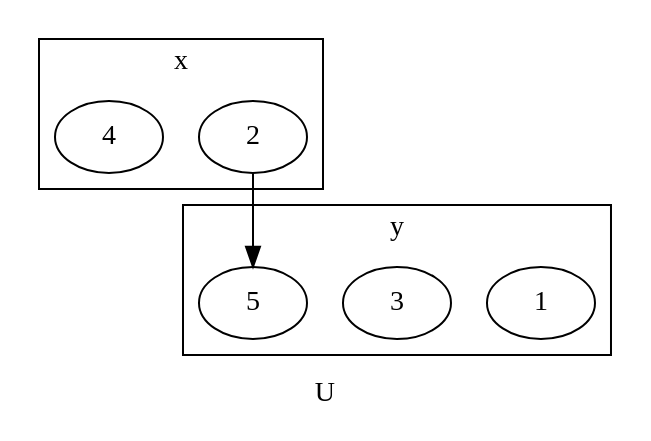
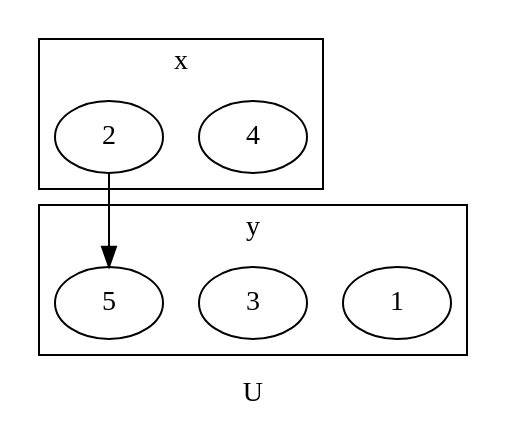
Before and after one commit to tnichols217/notes: the second of 3 diagrams in CSDS 302 - Discrete Math/HW/1.md, drawn with Graphviz. The commit also changed other lines of this file, not shown here.

````diff
--- a/CSDS 302 - Discrete Math/HW/1.md
+++ b/CSDS 302 - Discrete Math/HW/1.md
@@ -168,19 +168,19 @@
 ```dot
 digraph {
 	label=U
 	subgraph {
 		label=x
 		cluster=true
+		b [label=4]
 		a [label=2]
-		b [label=4]
 	}
 	subgraph {
 		label=y
 		cluster=true
 		A [label=1]
 		B [label=3]
 		C [label=5]
 	}
 	a->C
 }
 ```
````
